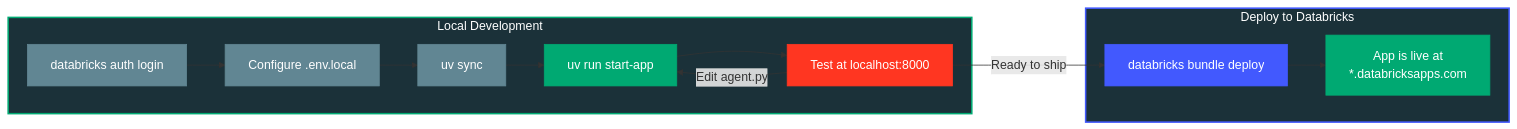
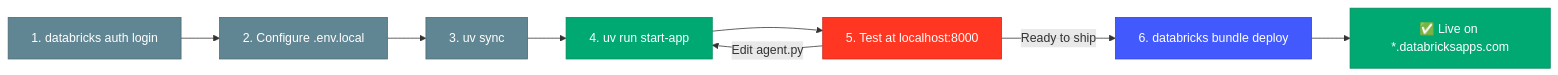
The fourth of 4 diagrams in 01-introduction/README.md (natefleming/agents-on-apps-workshop), drawn with Mermaid before and after one commit. The commit also changed other lines of this file, not shown here.

First line of the commit message:
Simplify Mermaid diagrams for cleaner GitHub rendering

````diff
--- a/01-introduction/README.md
+++ b/01-introduction/README.md
@@ -375,27 +357,18 @@
 ```mermaid
 graph LR
-    subgraph DEV["Local Development"]
-        AUTH["databricks auth login"] --> ENV["Configure .env.local"]
-        ENV --> SYNC["uv sync"]
-        SYNC --> RUN["uv run start-app"]
-        RUN --> TEST["Test at localhost:8000"]
-        TEST -->|"Edit agent.py"| RUN
-    end
+    A["1. databricks auth login"] --> B["2. Configure .env.local"]
+    B --> C["3. uv sync"]
+    C --> D["4. uv run start-app"]
+    D --> E["5. Test at localhost:8000"]
+    E -- "Edit agent.py" --> D
+    E -- "Ready to ship" --> F["6. databricks bundle deploy"]
+    F --> G["✅ Live on *.databricksapps.com"]
 
-    subgraph DEPLOY["Deploy to Databricks"]
-        BUNDLE["databricks bundle deploy"]
-        BUNDLE --> LIVE["App is live at<br/>*.databricksapps.com"]
-    end
-
-    TEST -->|"Ready to ship"| BUNDLE
-
-    style DEV fill:#1B3139,stroke:#00A972,stroke-width:2px,color:#fff
-    style DEPLOY fill:#1B3139,stroke:#4259FE,stroke-width:2px,color:#fff
-    style AUTH fill:#618693,stroke:#618693,color:#fff
-    style ENV fill:#618693,stroke:#618693,color:#fff
-    style SYNC fill:#618693,stroke:#618693,color:#fff
-    style RUN fill:#00A972,stroke:#00A972,color:#fff
-    style TEST fill:#FF3621,stroke:#FF3621,color:#fff
-    style BUNDLE fill:#4259FE,stroke:#4259FE,color:#fff
-    style LIVE fill:#00A972,stroke:#00A972,color:#fff
+    style A fill:#618693,stroke:#4a6a75,color:#fff
+    style B fill:#618693,stroke:#4a6a75,color:#fff
+    style C fill:#618693,stroke:#4a6a75,color:#fff
+    style D fill:#00A972,stroke:#008a5c,color:#fff
+    style E fill:#FF3621,stroke:#c42a1a,color:#fff
+    style F fill:#4259FE,stroke:#2f44d4,color:#fff
+    style G fill:#00A972,stroke:#008a5c,color:#fff
 ```
````
